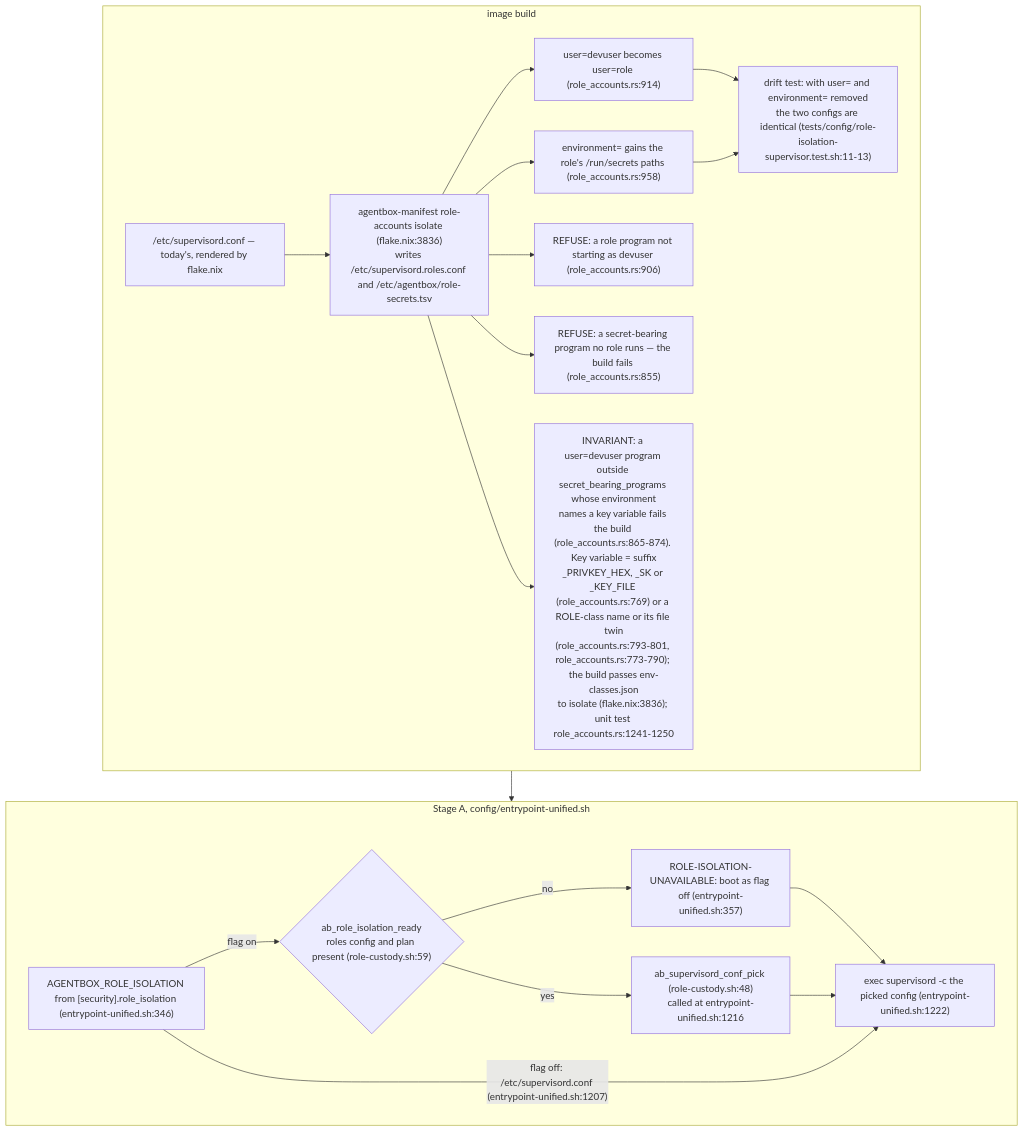
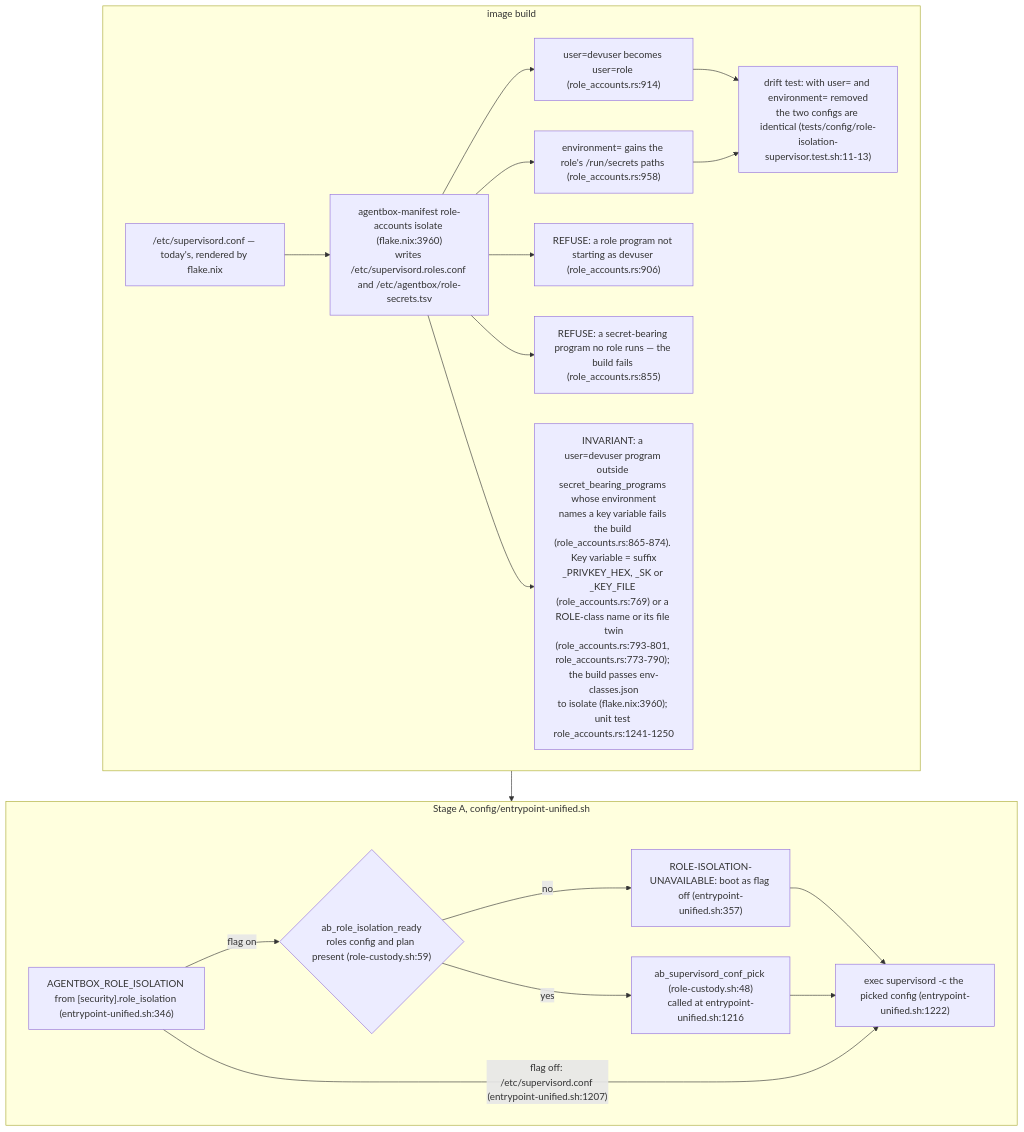
Before and after one commit to DreamLab-AI/VisionFlow: the second of 7 diagrams in docs/diagrams/agentbox/36-role-isolation-and-identity-port.md, drawn with Mermaid. The commit also changed other lines of this file and 80 other files, not shown here.

First line of the commit message:
docs(diagrams): re-verify the agentbox, dreamlab, estate and visionflow corpus against current sources

````diff
--- a/docs/diagrams/agentbox/36-role-isolation-and-identity-port.md
+++ b/docs/diagrams/agentbox/36-role-isolation-and-identity-port.md
@@ -85,28 +83,28 @@
 ```mermaid
 flowchart TB
     subgraph BUILD["image build"]
         TODAY["/etc/supervisord.conf — today's, rendered by flake.nix"]
-        ISO["agentbox-manifest role-accounts isolate (flake.nix:3836)<br/>writes /etc/supervisord.roles.conf and /etc/agentbox/role-secrets.tsv"]
+        ISO["agentbox-manifest role-accounts isolate (flake.nix:3960)<br/>writes /etc/supervisord.roles.conf and /etc/agentbox/role-secrets.tsv"]
         TODAY --> ISO
         ISO --> R1["user=devuser becomes user=role (role_accounts.rs:914)"]
         ISO --> R2["environment= gains the role's /run/secrets paths (role_accounts.rs:958)"]
         ISO --> F1["REFUSE: a role program not starting as devuser (role_accounts.rs:906)"]
         ISO --> F2["REFUSE: a secret-bearing program no role runs — the build fails (role_accounts.rs:855)"]
-        ISO --> F3["INVARIANT: a user=devuser program outside secret_bearing_programs whose environment<br/>names a key variable fails the build (role_accounts.rs:865-874). Key variable = suffix<br/>_PRIVKEY_HEX, _SK or _KEY_FILE (role_accounts.rs:769) or a ROLE-class name or its file twin<br/>(role_accounts.rs:793-801, role_accounts.rs:773-790); the build passes env-classes.json<br/>to isolate (flake.nix:3836); unit test role_accounts.rs:1241-1250"]
+        ISO --> F3["INVARIANT: a user=devuser program outside secret_bearing_programs whose environment<br/>names a key variable fails the build (role_accounts.rs:865-874). Key variable = suffix<br/>_PRIVKEY_HEX, _SK or _KEY_FILE (role_accounts.rs:769) or a ROLE-class name or its file twin<br/>(role_accounts.rs:793-801, role_accounts.rs:773-790); the build passes env-classes.json<br/>to isolate (flake.nix:3960); unit test role_accounts.rs:1241-1250"]
         T["drift test: with user= and environment= removed<br/>the two configs are identical (tests/config/role-isolation-supervisor.test.sh:11-13)"]
         R1 --> T
         R2 --> T
     end
     subgraph BOOT["Stage A, config/entrypoint-unified.sh"]
         FLAG["AGENTBOX_ROLE_ISOLATION from [security].role_isolation (entrypoint-unified.sh:346)"]
         READY{"ab_role_isolation_ready<br/>roles config and plan present (role-custody.sh:59)"}
         UN["ROLE-ISOLATION-UNAVAILABLE: boot as flag off (entrypoint-unified.sh:357)"]
         PICK["ab_supervisord_conf_pick (role-custody.sh:48)<br/>called at entrypoint-unified.sh:1216"]
         EXEC["exec supervisord -c the picked config (entrypoint-unified.sh:1222)"]
         FLAG -->|"flag on"| READY
         READY -->|"no"| UN --> EXEC
         READY -->|"yes"| PICK --> EXEC
         FLAG -->|"flag off: /etc/supervisord.conf (entrypoint-unified.sh:1207)"| EXEC
     end
     BUILD --> BOOT
 ```
````
